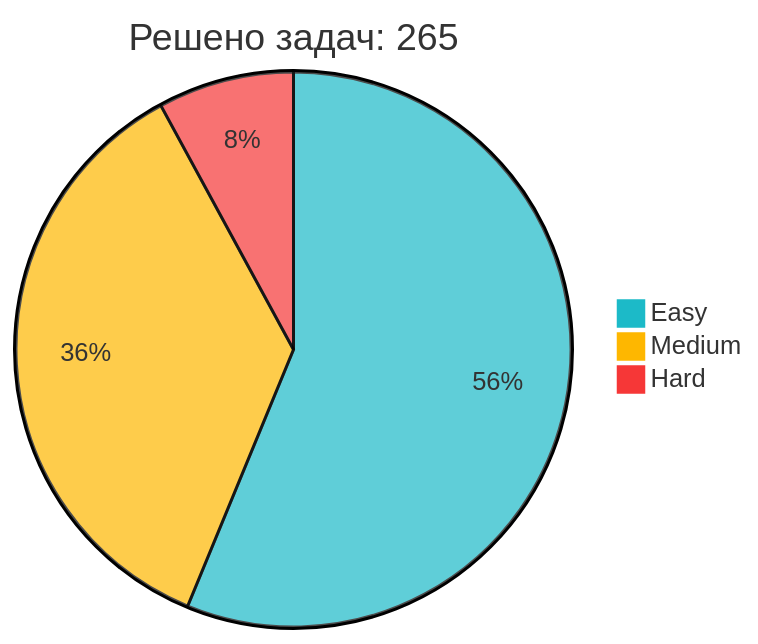
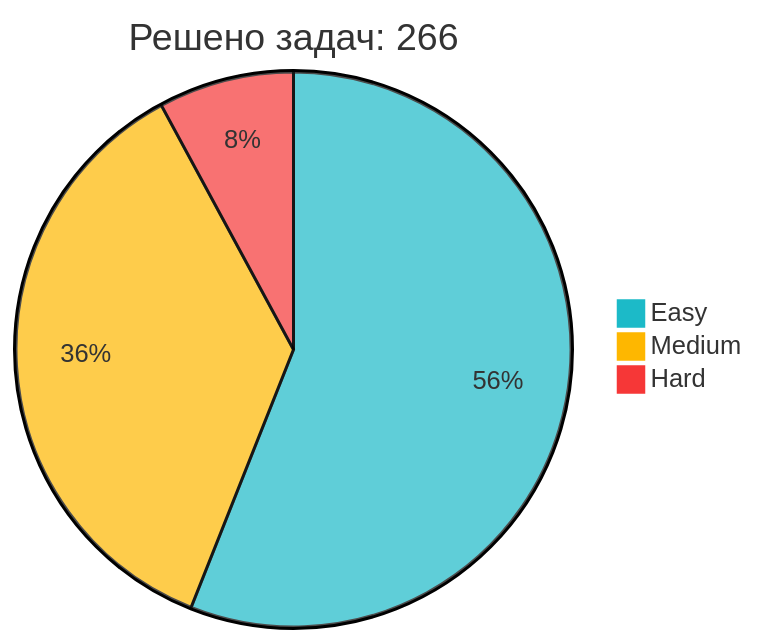
The diagram in README.md (IliaKurdukov/IliaKurdukov), drawn with Mermaid before and after one commit. The commit also changed other lines of this file, not shown here.

Commit message:
📈 Обновление статистики LeetCode

````diff
--- a/README.md
+++ b/README.md
@@ -51,7 +51,7 @@
 ```mermaid
 %%{init: {'theme': 'base', 'themeVariables': { 'pie1': '#1CBAC8', 'pie2': '#FEB700', 'pie3': '#F63737' }, 'config': {'width': 300, 'height': 200}}}%%
-pie title Решено задач: 265
+pie title Решено задач: 266
    "Easy" : 149
-   "Medium" : 95
+   "Medium" : 96
    "Hard" : 21
 ```
````
